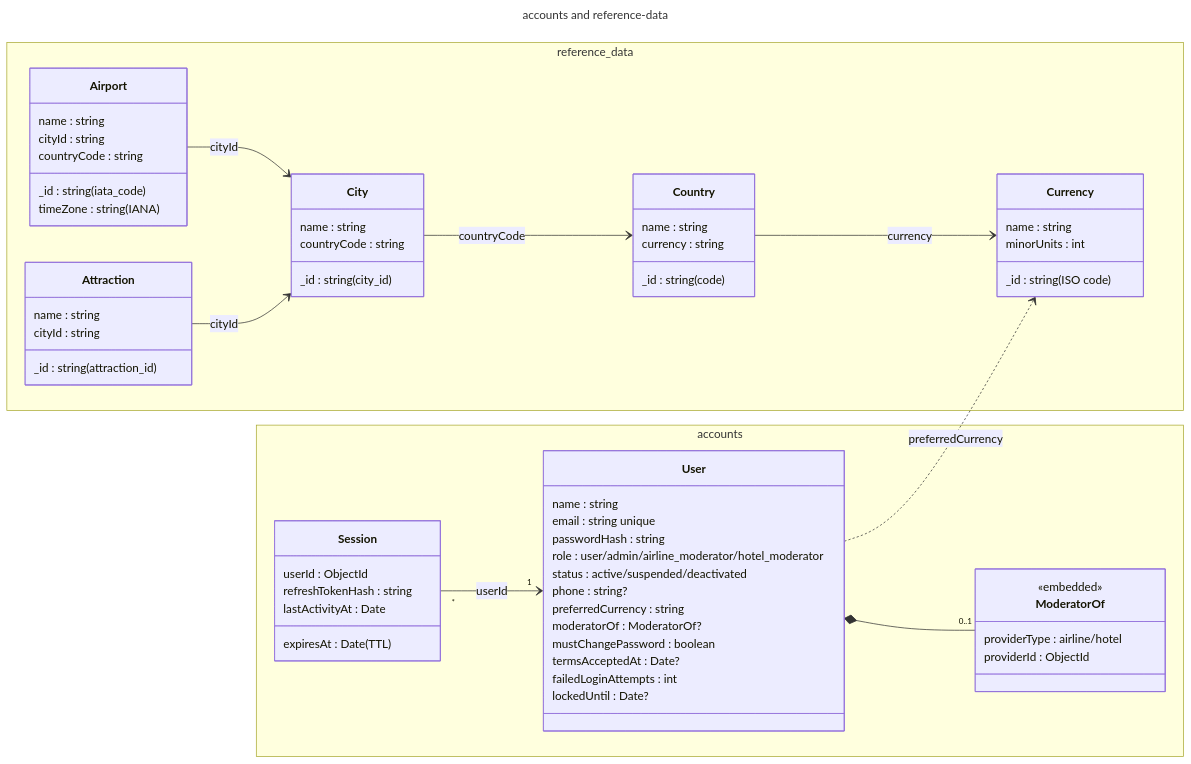
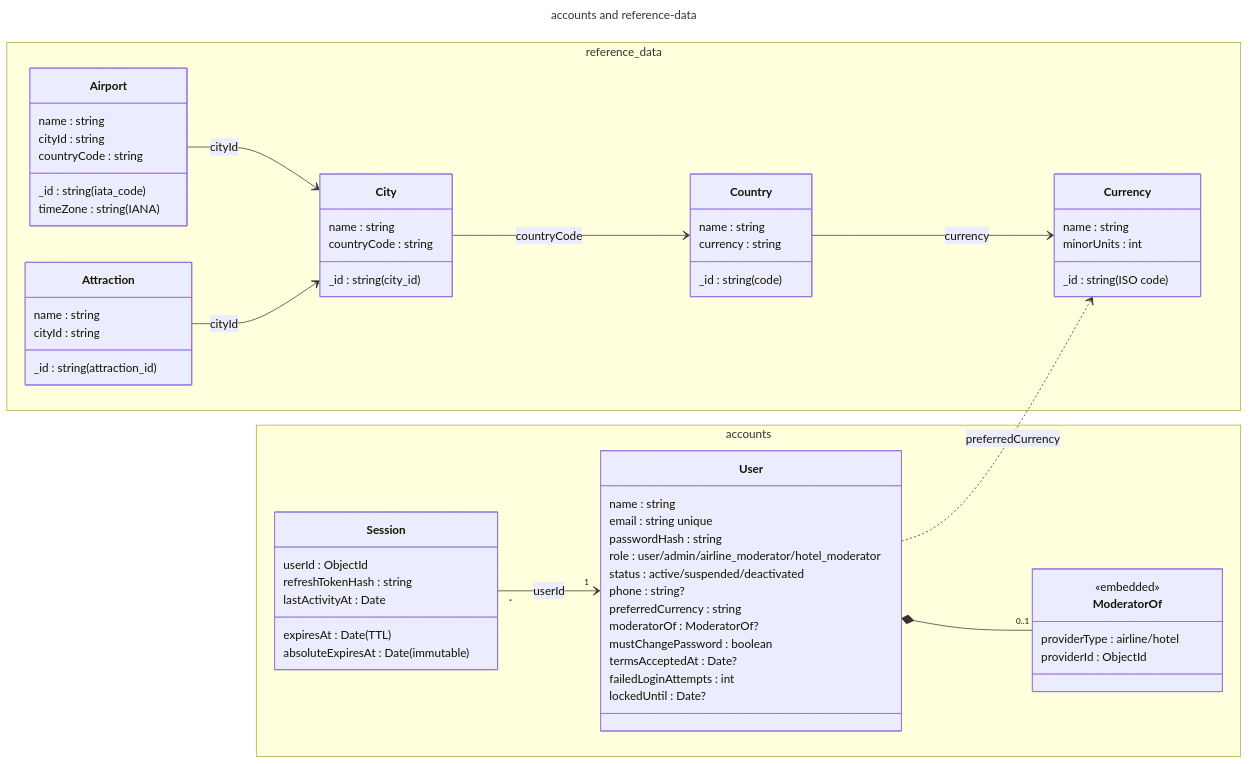
Before and after one commit to Host173/Man2o4ah: the diagram in docs/database/diagrams/01-accounts-reference.mmd, drawn with Mermaid. The commit also changed 17 other files, not shown here.

```diff
--- a/docs/database/diagrams/01-accounts-reference.mmd
+++ b/docs/database/diagrams/01-accounts-reference.mmd
@@ -1,68 +1,69 @@
 ---
 title: accounts and reference-data
 ---
 classDiagram
   direction LR
   namespace reference_data {
     class Country {
       _id : string (code)
       name : string
       currency : string
     }
     class City {
       _id : string (city_id)
       name : string
       countryCode : string
     }
     class Airport {
       _id : string (iata_code)
       name : string
       cityId : string
       countryCode : string
       timeZone : string (IANA)
     }
     class Attraction {
       _id : string (attraction_id)
       name : string
       cityId : string
     }
     class Currency {
       _id : string (ISO code)
       name : string
       minorUnits : int
     }
   }
   namespace accounts {
     class User {
       name : string
       email : string unique
       passwordHash : string
       role : user/admin/airline_moderator/hotel_moderator
       status : active/suspended/deactivated
       phone : string?
       preferredCurrency : string
       moderatorOf : ModeratorOf?
       mustChangePassword : boolean
       termsAcceptedAt : Date?
       failedLoginAttempts : int
       lockedUntil : Date?
     }
     class ModeratorOf {
       <<embedded>>
       providerType : airline/hotel
       providerId : ObjectId
     }
     class Session {
       userId : ObjectId
       refreshTokenHash : string
       lastActivityAt : Date
       expiresAt : Date (TTL)
+      absoluteExpiresAt : Date (immutable)
     }
   }
   City --> Country : countryCode
   Airport --> City : cityId
   Attraction --> City : cityId
   Country --> Currency : currency
   User *-- "0..1" ModeratorOf
   User ..> Currency : preferredCurrency
   Session "*" --> "1" User : userId
```
